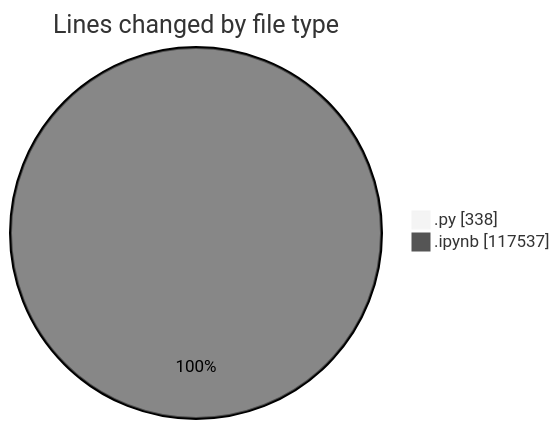
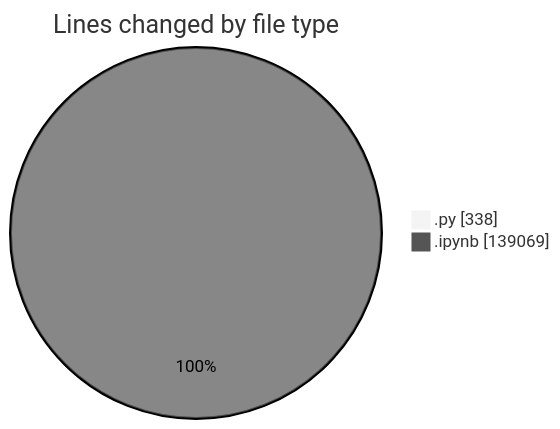
One commit to MatusMokan/code-tracking changed the first of 2 diagrams in 2025-10-07/untitled__workspace_/README.md. Above: the diagram before and after it, drawn with Mermaid (neutral theme). The commit also changed other lines of this file and 1 other file, not shown here.

````diff
--- a/2025-10-07/untitled__workspace_/README.md
+++ b/2025-10-07/untitled__workspace_/README.md
@@ -22,6 +22,6 @@
 ```mermaid
 pie showData
 title Lines changed by file type
 ".py" : 338
-".ipynb" : 117537
+".ipynb" : 139069
 ```
````
